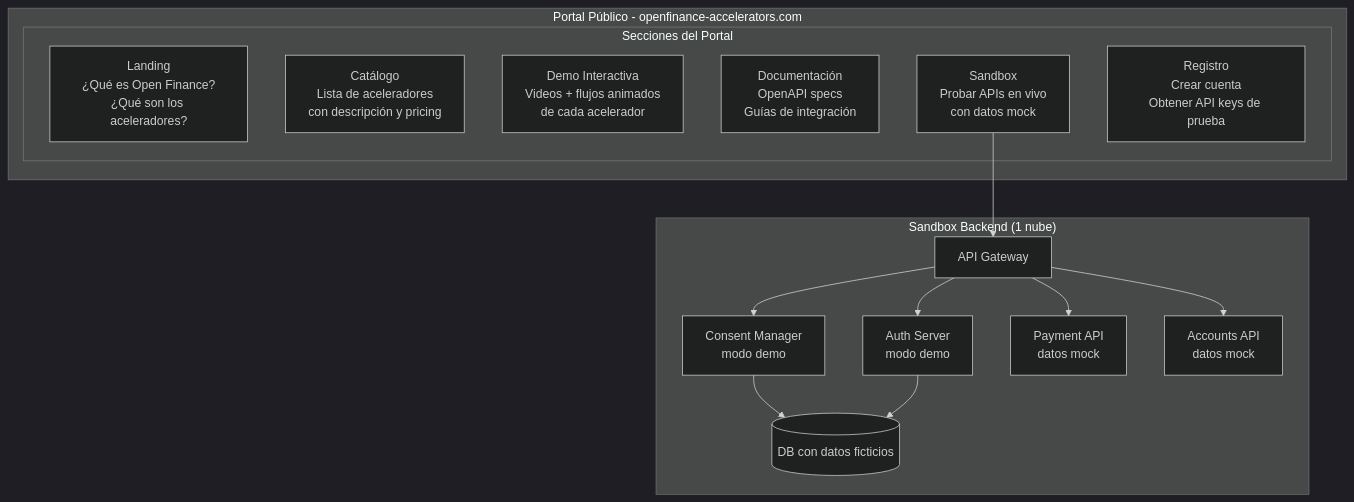
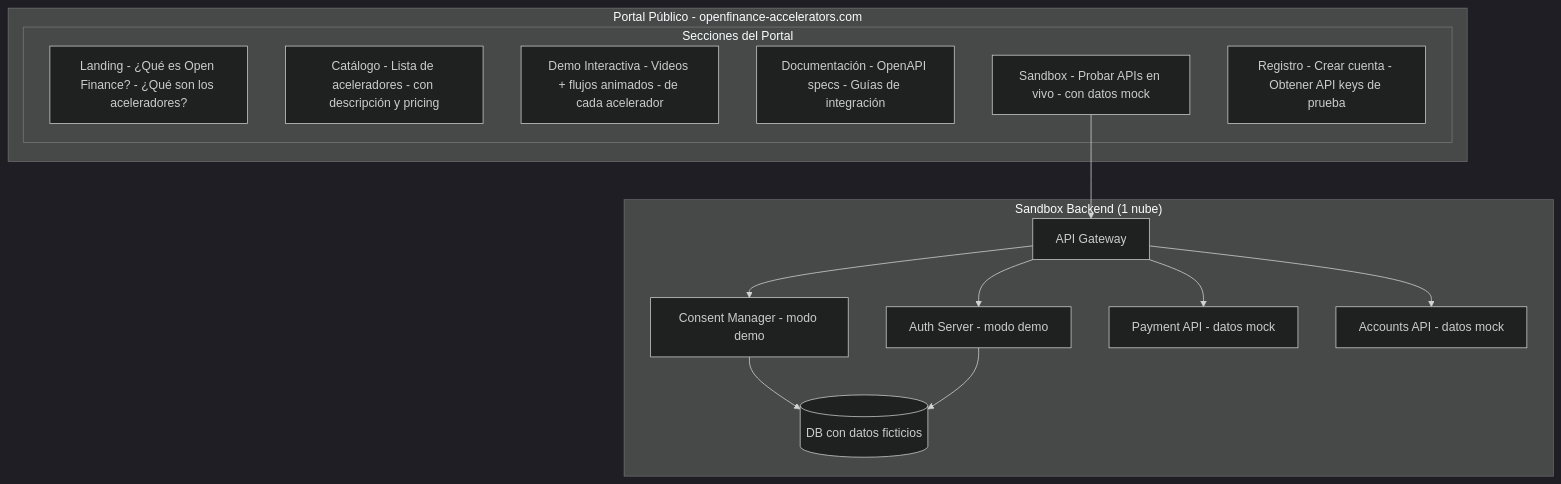
One commit to somospragma/integration-consent-manager changed the second of 5 diagrams in docs/proposals/proposal-lite.md. Above: the diagram before and after it, drawn with Mermaid (dark theme). The commit also changed other lines of this file and 9 other files, not shown here.

Commit message:
fix: corregir diagramas Mermaid - quitar paréntesis y \n incompatibles con GitHub

````diff
--- a/docs/proposals/proposal-lite.md
+++ b/docs/proposals/proposal-lite.md
@@ -58,30 +58,30 @@
 ```mermaid
 graph TB
     subgraph "Portal Público - openfinance-accelerators.com"
         subgraph "Secciones del Portal"
-            LAND[Landing\n¿Qué es Open Finance?\n¿Qué son los aceleradores?]
-            CAT[Catálogo\nLista de aceleradores\ncon descripción y pricing]
-            DEMO[Demo Interactiva\nVideos + flujos animados\nde cada acelerador]
-            DOCS[Documentación\nOpenAPI specs\nGuías de integración]
-            SAND[Sandbox\nProbar APIs en vivo\ncon datos mock]
-            REG[Registro\nCrear cuenta\nObtener API keys de prueba]
+            LAND[Landing - ¿Qué es Open Finance? - ¿Qué son los aceleradores?]
+            CAT[Catálogo - Lista de aceleradores - con descripción y pricing]
+            DEMO[Demo Interactiva - Videos + flujos animados - de cada acelerador]
+            DOCS[Documentación - OpenAPI specs - Guías de integración]
+            SAND[Sandbox - Probar APIs en vivo - con datos mock]
+            REG[Registro - Crear cuenta - Obtener API keys de prueba]
         end
     end
 
     subgraph "Sandbox Backend (1 nube)"
         SB_GW[API Gateway]
-        SB_CM[Consent Manager\nmodo demo]
-        SB_AS[Auth Server\nmodo demo]
-        SB_PI[Payment API\ndatos mock]
-        SB_AA[Accounts API\ndatos mock]
+        SB_CM[Consent Manager - modo demo]
+        SB_AS[Auth Server - modo demo]
+        SB_PI[Payment API - datos mock]
+        SB_AA[Accounts API - datos mock]
         SB_DB[(DB con datos ficticios)]
     end
 
     SAND --> SB_GW
     SB_GW --> SB_CM
     SB_GW --> SB_AS
     SB_GW --> SB_PI
     SB_GW --> SB_AA
     SB_CM --> SB_DB
     SB_AS --> SB_DB
 ```
````
